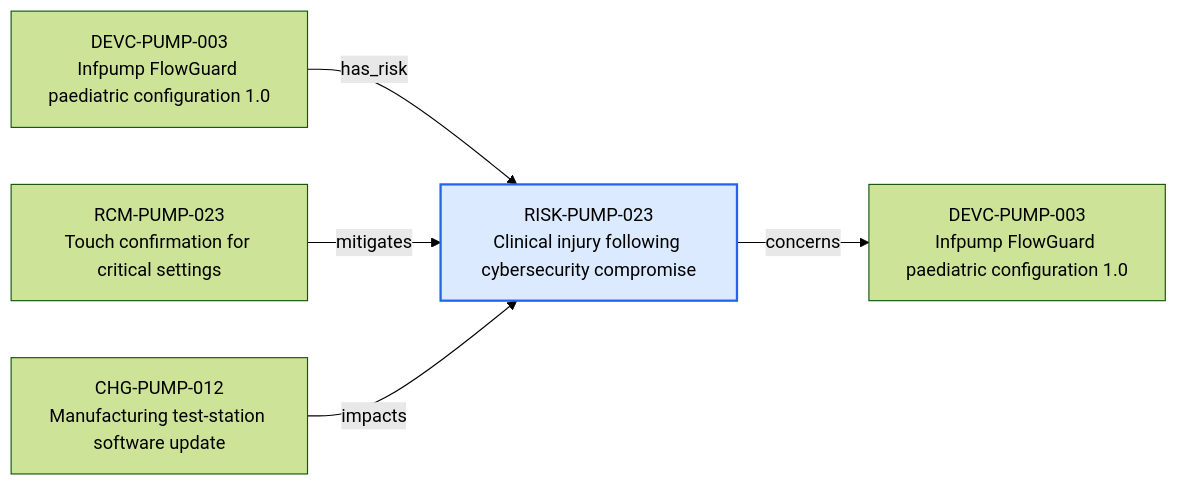
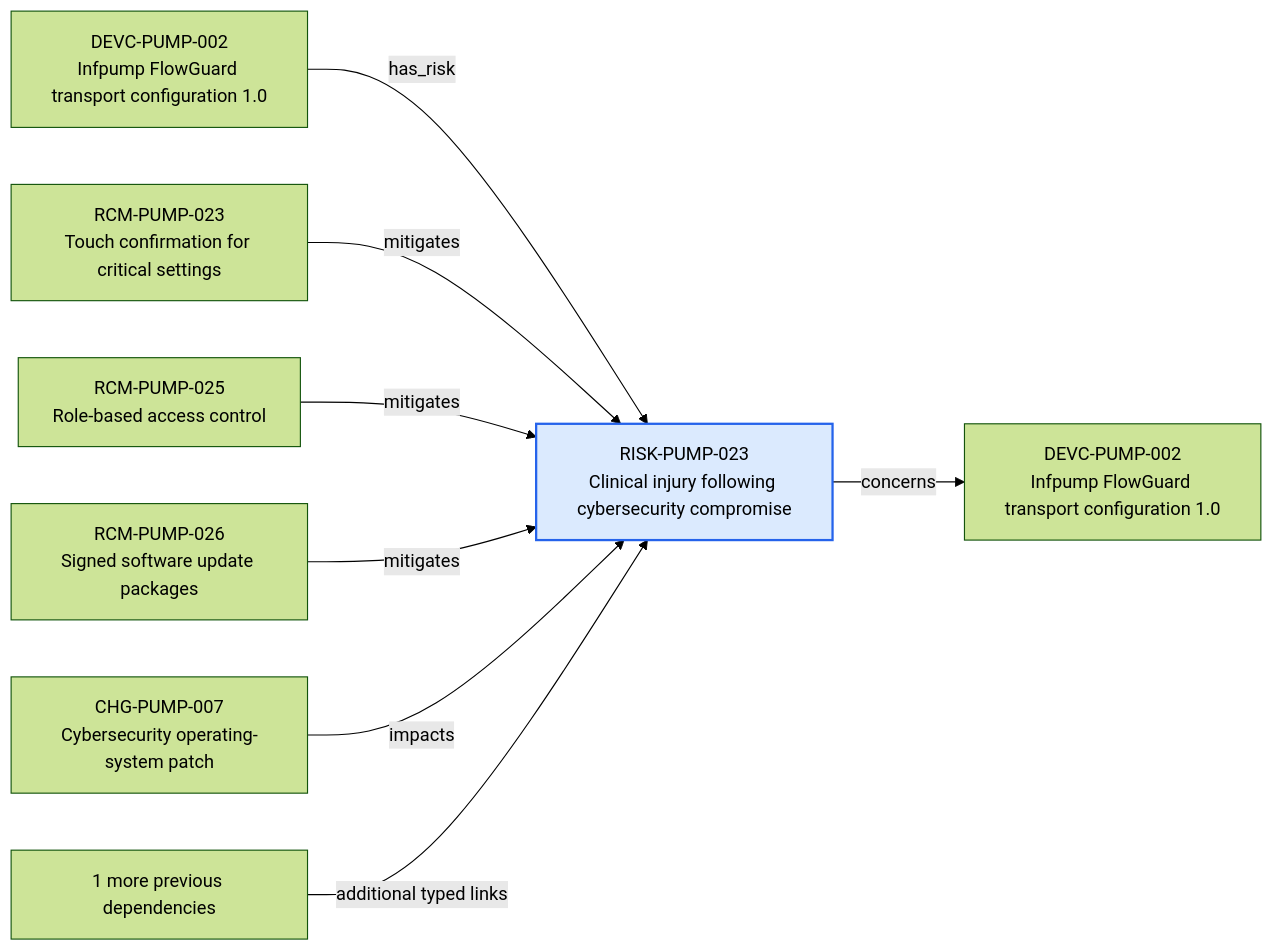
Before and after one commit to mvattulainen/mdrontology: the diagram in content/06-Infpump FlowGuard ontology notes/risk/RISK-PUMP-023-clinical-injury-following-cybersecurity-compromise.md, drawn with Mermaid (forest theme). The commit also changed other lines of this file and 321 other files, not shown here.

Commit message:
Implement Mermaid ontology audit findings

````diff
--- a/content/06-Infpump FlowGuard ontology notes/risk/RISK-PUMP-023-clinical-injury-following-cybersecurity-compromise.md
+++ b/content/06-Infpump FlowGuard ontology notes/risk/RISK-PUMP-023-clinical-injury-following-cybersecurity-compromise.md
@@ -75,14 +77,20 @@
 ```mermaid
 flowchart LR
   CURRENT["RISK-PUMP-023<br/>Clinical injury following cybersecurity compromise"]
-  PREV0["DEVC-PUMP-003<br/>Infpump FlowGuard paediatric configuration 1.0"]
+  PREV0["DEVC-PUMP-002<br/>Infpump FlowGuard transport configuration 1.0"]
   PREV0 -->|"has_risk"| CURRENT
   PREV1["RCM-PUMP-023<br/>Touch confirmation for critical settings"]
   PREV1 -->|"mitigates"| CURRENT
-  PREV2["CHG-PUMP-012<br/>Manufacturing test-station software update"]
-  PREV2 -->|"impacts"| CURRENT
-  NEXT0["DEVC-PUMP-003<br/>Infpump FlowGuard paediatric configuration 1.0"]
+  PREV2["RCM-PUMP-025<br/>Role-based access control"]
+  PREV2 -->|"mitigates"| CURRENT
+  PREV3["RCM-PUMP-026<br/>Signed software update packages"]
+  PREV3 -->|"mitigates"| CURRENT
+  PREV4["CHG-PUMP-007<br/>Cybersecurity operating-system patch"]
+  PREV4 -->|"impacts"| CURRENT
+  PREV_MORE["1 more previous dependencies"]
+  PREV_MORE -->|"additional typed links"| CURRENT
+  NEXT0["DEVC-PUMP-002<br/>Infpump FlowGuard transport configuration 1.0"]
   CURRENT -->|"concerns"| NEXT0
   classDef current fill:#dbeafe,stroke:#2563eb,stroke-width:2px
   class CURRENT current
 ```
````
